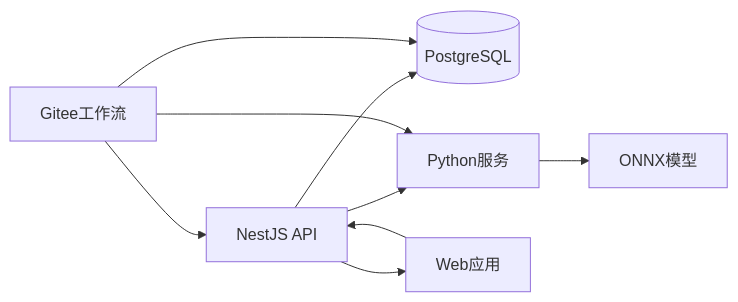
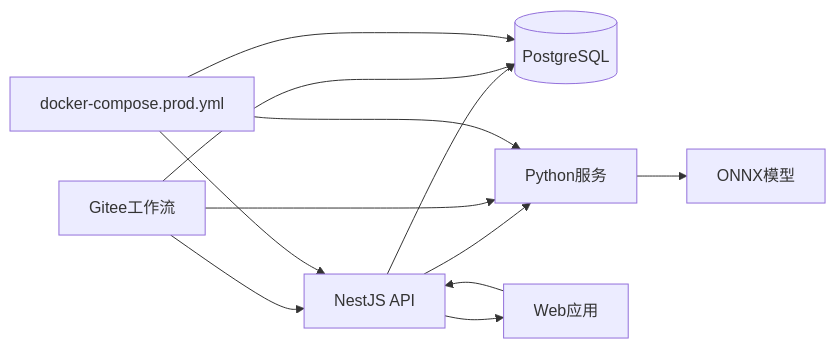
Before and after one commit to L1mingyoung/ex: the eighth of 8 diagrams in .qoder/repowiki/zh/content/部署与运维/生产环境部署.md, drawn with Mermaid. The commit also changed other lines of this file and 16 other files, not shown here.

````diff
--- a/.qoder/repowiki/zh/content/部署与运维/生产环境部署.md
+++ b/.qoder/repowiki/zh/content/部署与运维/生产环境部署.md
@@ -393,11 +433,14 @@
 ```mermaid
 graph LR
 API[NestJS API] --> DB[(PostgreSQL)]
 API --> PY[Python服务]
 API --> WEB[Web应用]
 PY --> MODELS[ONNX模型]
 WEB --> API
 GITEE[Gitee工作流] --> API
 GITEE --> PY
 GITEE --> DB
+PRODCOMP[docker-compose.prod.yml] --> API
+PRODCOMP --> PY
+PRODCOMP --> DB
 ```
````
